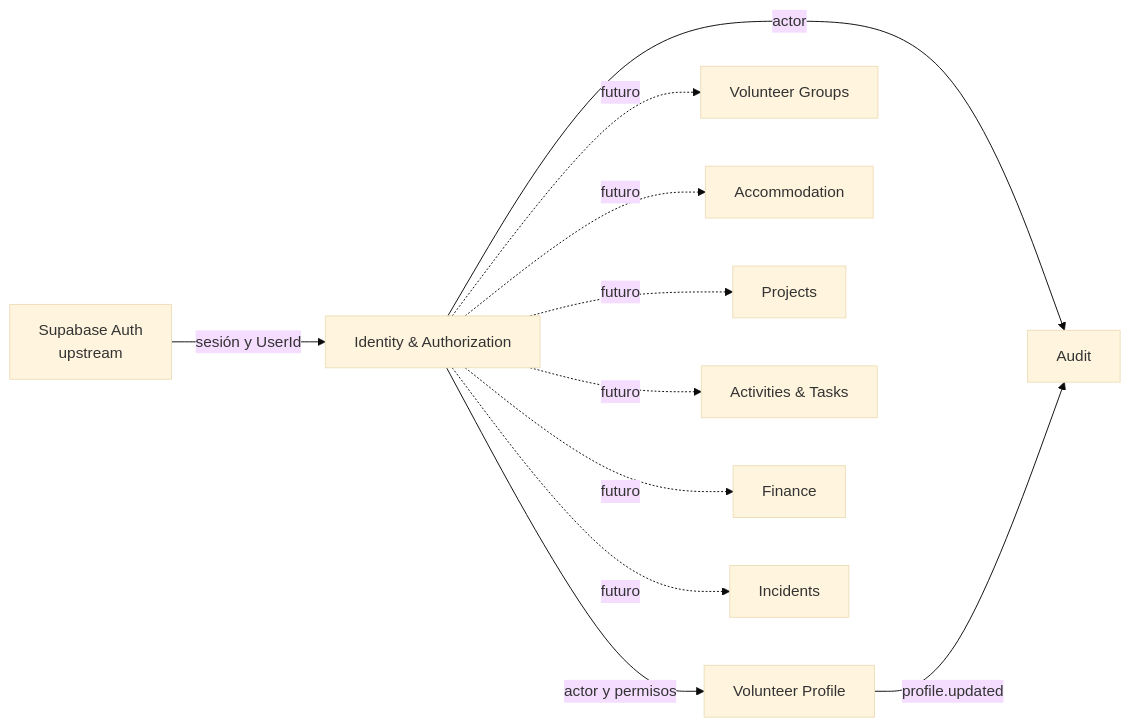
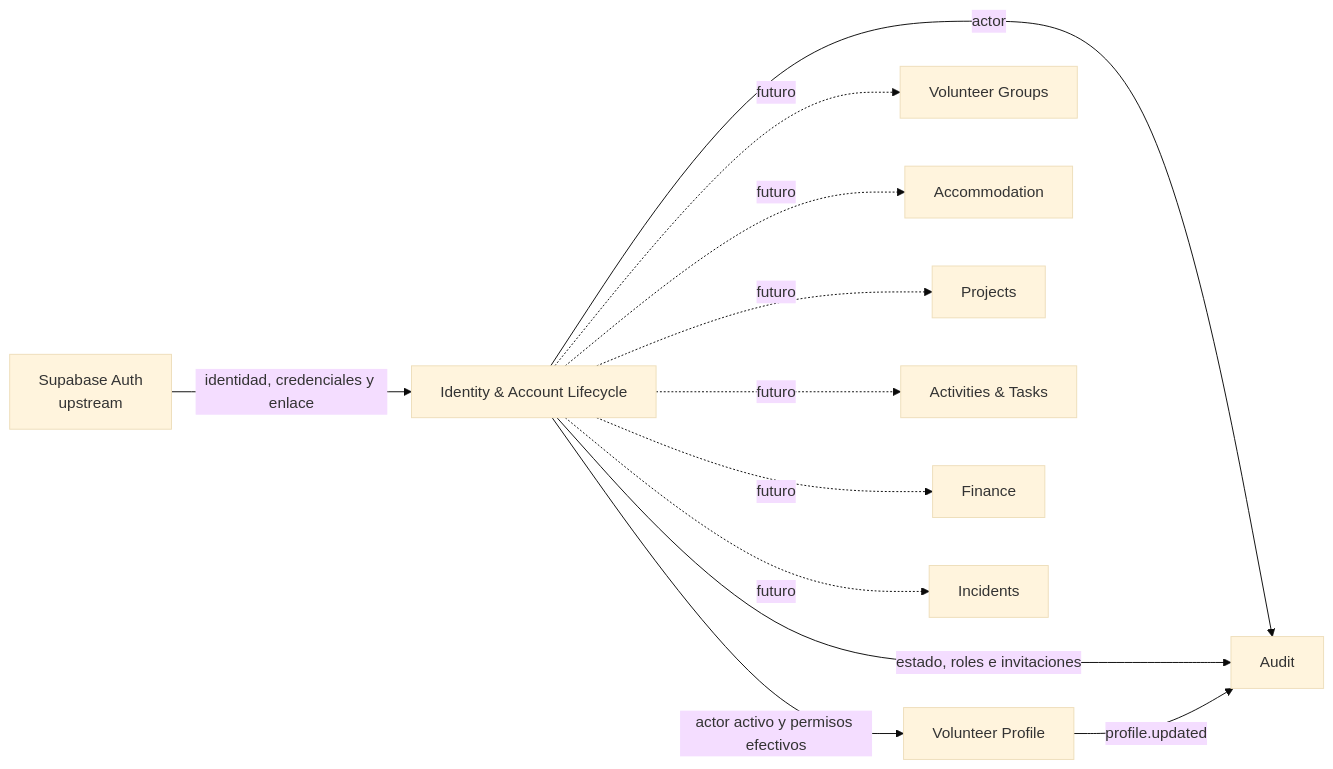
One commit to grovergonzalez8/Sistema-Voluntariado changed the first of 2 diagrams in docs/architecture/context-map.md. Above: the diagram before and after it, drawn with Mermaid (base theme). The commit also changed other lines of this file and 20 other files, not shown here.

Commit message:
docs: finalize account lifecycle milestone

````diff
--- a/docs/architecture/context-map.md
+++ b/docs/architecture/context-map.md
@@ -3,13 +3,14 @@
 ```mermaid
 flowchart LR
-  Auth["Supabase Auth\nupstream"] -->|sesión y UserId| Identity["Identity & Authorization"]
-  Identity -->|actor y permisos| Profile["Volunteer Profile"]
+  Auth["Supabase Auth\nupstream"] -->|identidad, credenciales y enlace| Identity["Identity & Account Lifecycle"]
+  Identity -->|actor activo y permisos efectivos| Profile["Volunteer Profile"]
   Identity -->|actor| Audit["Audit"]
+  Identity -->|estado, roles e invitaciones| Audit
   Profile -->|profile.updated| Audit
   Identity -. futuro .-> Groups["Volunteer Groups"]
   Identity -. futuro .-> Accommodation["Accommodation"]
   Identity -. futuro .-> Projects["Projects"]
   Identity -. futuro .-> Work["Activities & Tasks"]
   Identity -. futuro .-> Finance["Finance"]
   Identity -. futuro .-> Incidents["Incidents"]
 ```
````
